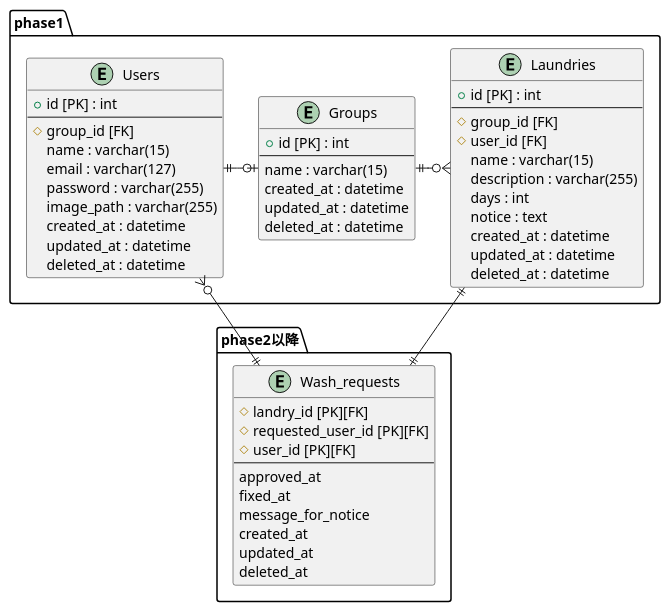
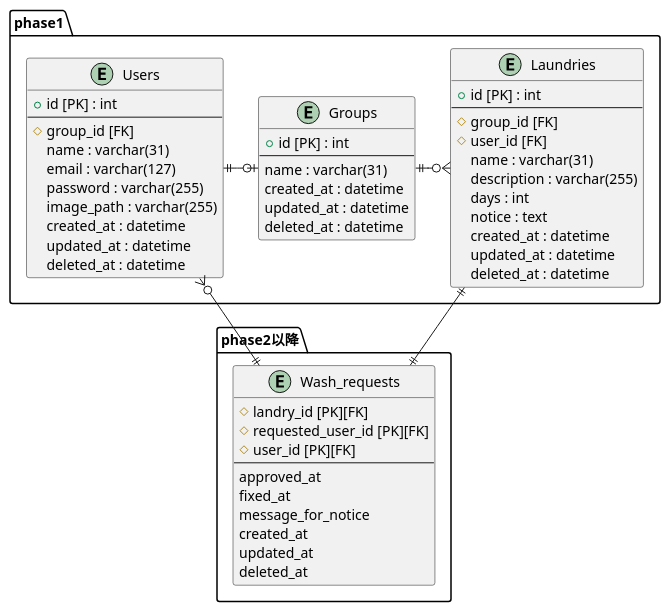
One commit to mixa393/mohumohu changed the diagram in docs/ER図.puml. Above: the diagram before and after it, drawn with PlantUML.

Commit message:
Fix: 文字数の変更

```diff
--- a/docs/ER図.puml
+++ b/docs/ER図.puml
@@ -1,62 +1,62 @@
 @startuml
 
 package phase1{
     entity Users{
     + id [PK] : int
     --
     # group_id [FK]
-    name : varchar(15)
+    name : varchar(31)
     email : varchar(127)
     password : varchar(255)
     image_path : varchar(255)
     created_at : datetime
     updated_at : datetime
     deleted_at : datetime
     }
 
     entity Groups
     {
     + id [PK] : int
     --
-    name : varchar(15)
+    name : varchar(31)
     created_at : datetime
     updated_at : datetime
     deleted_at : datetime
     }
 
     entity Laundries{
     + id [PK] : int
     --
     # group_id [FK]
     # user_id [FK]
-    name : varchar(15)
+    name : varchar(31)
     description : varchar(255)
     days : int
     notice : text
     created_at : datetime
     updated_at : datetime
     deleted_at : datetime
     }
 }
 
 package  phase2以降{
     entity Wash_requests{
     # landry_id [PK][FK]
     # requested_user_id [PK][FK]
     # user_id [PK][FK]
     --
     approved_at
     fixed_at
     message_for_notice
     created_at
     updated_at
     deleted_at
     }
 }
 Users ||-o| Groups
 Groups ||-o{ Laundries
 Laundries ||-|| Wash_requests
 Users }o--|| Wash_requests
 
 
 @enduml
```
